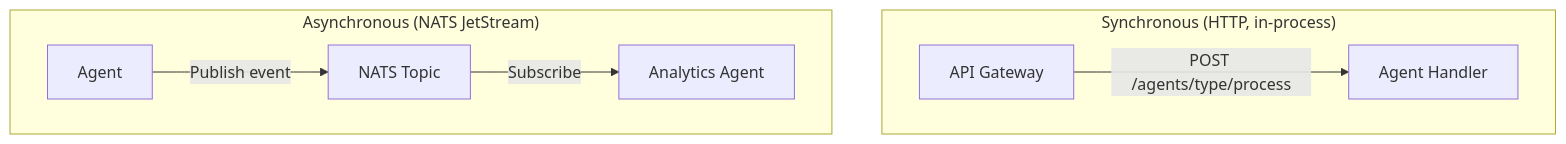
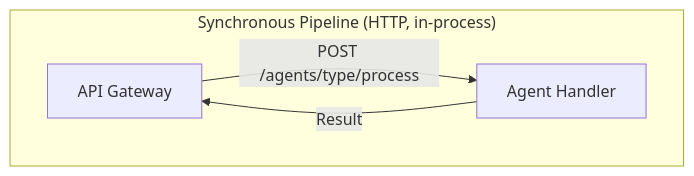
Before and after one commit to Remaker-Digital/groundtruth-kb: the fifth of 9 diagrams in docs-site/docs/getting-started/how-it-works.md, drawn with Mermaid. The commit also changed other lines of this file and 34 other files, not shown here.

````diff
--- a/docs-site/docs/getting-started/how-it-works.md
+++ b/docs-site/docs/getting-started/how-it-works.md
@@ -283,13 +283,8 @@
 ```mermaid
 flowchart TB
-    subgraph Synchronous["Synchronous (HTTP, in-process)"]
+    subgraph Pipeline["Synchronous Pipeline (HTTP, in-process)"]
         direction LR
         S1[API Gateway] -->|POST /agents/type/process| S2[Agent Handler]
-    end
-
-    subgraph Asynchronous["Asynchronous (NATS JetStream)"]
-        direction LR
-        A1[Agent] -->|Publish event| A2[NATS Topic]
-        A2 -->|Subscribe| A3[Analytics Agent]
+        S2 -->|Result| S1
     end
 ```
````
